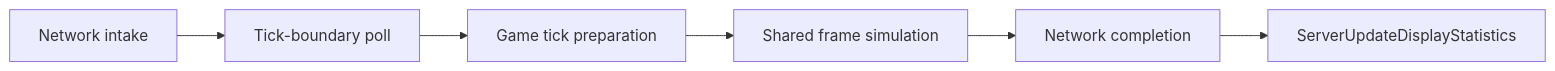
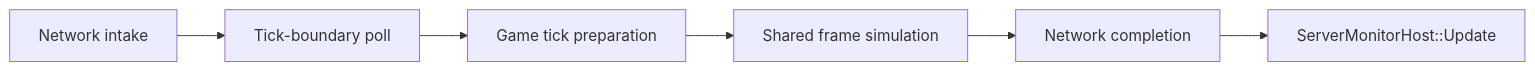
The fifth of 8 diagrams in Documents/Architecture/FrameUpdatePipeline.md (DougTanner/BrokenEngine), drawn with Mermaid before and after one commit. The commit also changed other lines of this file and 54 other files, not shown here.

````diff
--- a/Documents/Architecture/FrameUpdatePipeline.md
+++ b/Documents/Architecture/FrameUpdatePipeline.md
@@ -106,6 +106,6 @@
 ```mermaid
 %%{init: {'theme': 'default'}}%%
 flowchart LR
     intake["Network intake"] --> boundary["Tick-boundary poll"] --> prepare["Game tick preparation"] --> simulation["Shared frame simulation"] --> completion["Network completion"]
-    completion --> display["ServerUpdateDisplayStatistics"]
+    completion --> display["ServerMonitorHost::Update"]
 ```
````
